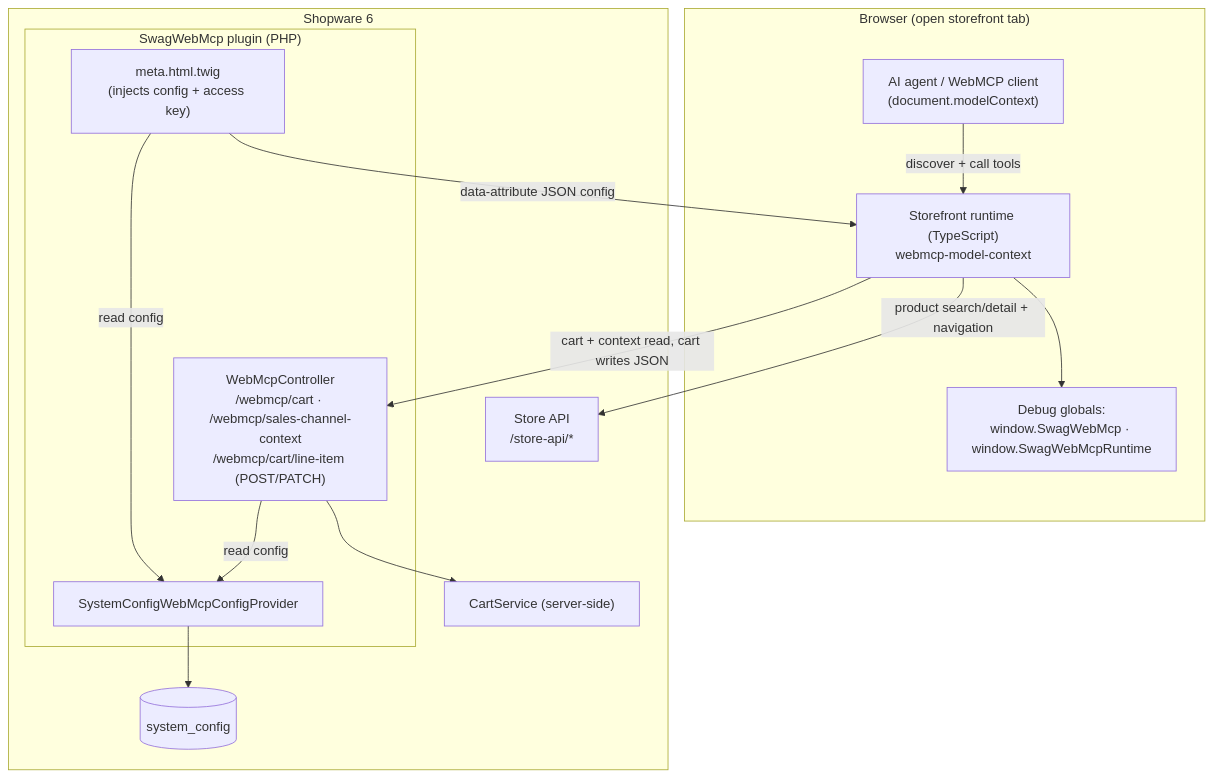
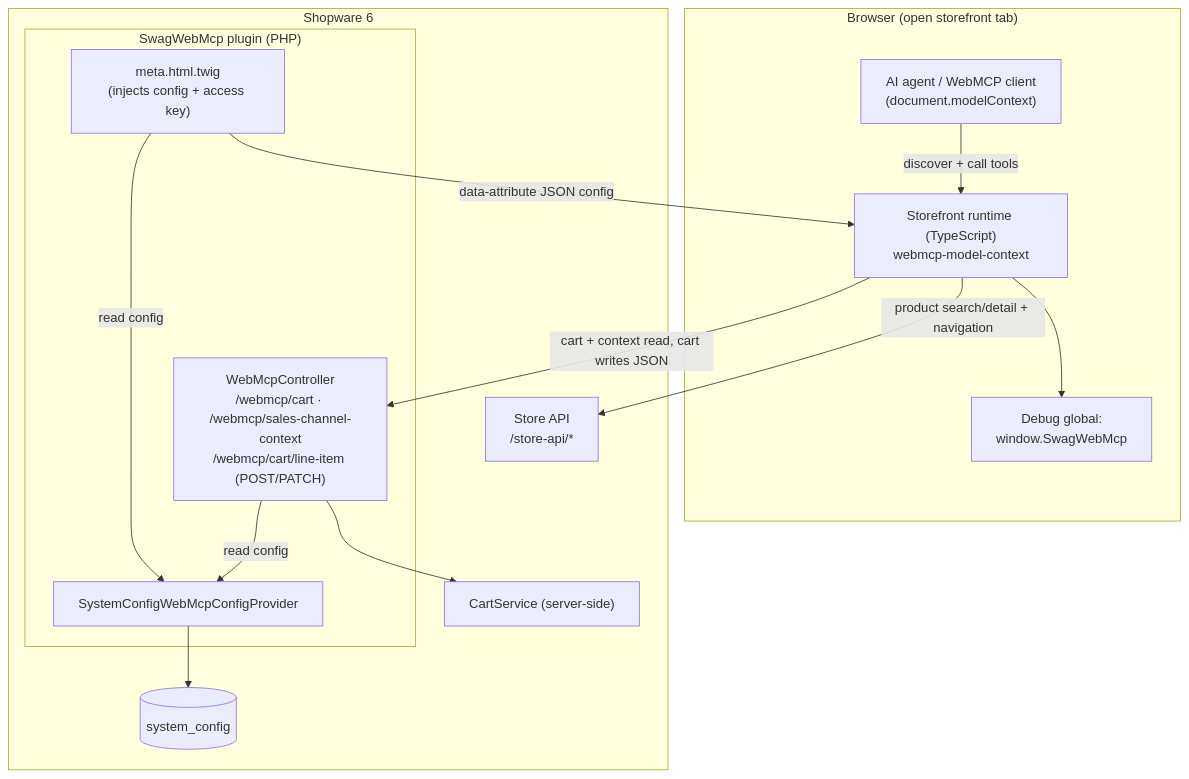
Before and after one commit to agentic-commerce-lab/webmcp-plugin: the first of 5 diagrams in docs/Architecture.md, drawn with Mermaid. The commit also changed 4 other files, not shown here.

First line of the commit message:
Tidy runtime globals, dedup helper, clarify native bridge

````diff
--- a/docs/Architecture.md
+++ b/docs/Architecture.md
@@ -34,29 +34,29 @@
 ```mermaid
 graph TB
     subgraph Browser["Browser (open storefront tab)"]
         Agent["AI agent / WebMCP client<br/>(document.modelContext)"]
         Runtime["Storefront runtime (TypeScript)<br/>webmcp-model-context"]
-        Globals["Debug globals:<br/>window.SwagWebMcp · window.SwagWebMcpRuntime"]
+        Globals["Debug global:<br/>window.SwagWebMcp"]
     end
 
     subgraph Shopware["Shopware 6"]
         subgraph Plugin["SwagWebMcp plugin (PHP)"]
             Controller["WebMcpController<br/>/webmcp/cart · /webmcp/sales-channel-context<br/>/webmcp/cart/line-item (POST/PATCH)"]
             Config["SystemConfigWebMcpConfigProvider"]
             Twig["meta.html.twig<br/>(injects config + access key)"]
         end
         StoreAPI["Store API<br/>/store-api/*"]
         CartService["CartService (server-side)"]
         SysConfig[("system_config")]
     end
 
     Agent -->|discover + call tools| Runtime
     Runtime --> Globals
     Twig -->|data-attribute JSON config| Runtime
     Runtime -->|product search/detail + navigation| StoreAPI
     Runtime -->|cart + context read, cart writes JSON| Controller
     Controller --> CartService
     Controller -->|read config| Config
     Twig -->|read config| Config
     Config --> SysConfig
 ```
````
